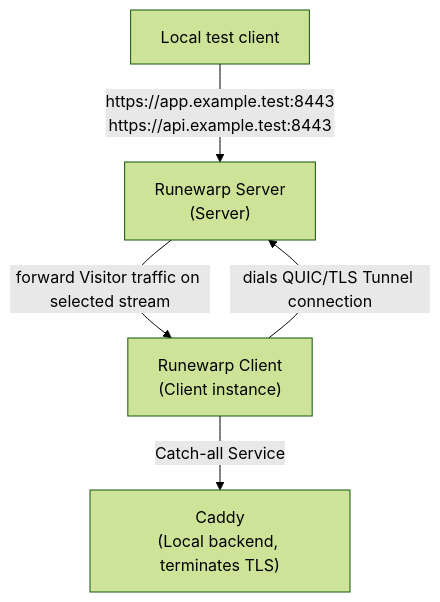
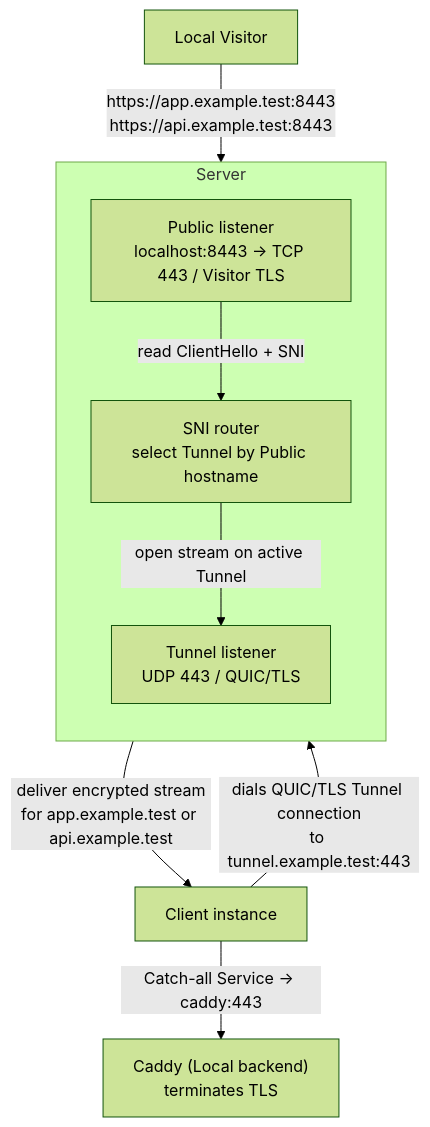
One commit to runewarp/runewarp changed the diagram in examples/docker/README.md. Above: the diagram before and after it, drawn with Mermaid (forest theme). The commit also changed 3 other files, not shown here.

````diff
--- a/examples/docker/README.md
+++ b/examples/docker/README.md
@@ -14,12 +14,21 @@
 ```mermaid
 flowchart TD
-    V["Local test client"]
-    S["Runewarp Server<br/>(Server)"]
-    C["Runewarp Client<br/>(Client instance)"]
-    B["Caddy<br/>(Local backend, terminates TLS)"]
+    V["Local Visitor"]
+    C["Client instance"]
+    B["Caddy (Local backend)<br/>terminates TLS"]
 
-    V -->|"https://app.example.test:8443<br/>https://api.example.test:8443"| S
-    C -->|"dials QUIC/TLS Tunnel connection"| S
-    S -->|"forward Visitor traffic on selected stream"| C
-    C -->|"Catch-all Service"| B
+    subgraph S["Server"]
+        direction TB
+        P["Public listener<br/>localhost:8443 -> TCP 443 / Visitor TLS"]
+        R["SNI router<br/>select Tunnel by Public hostname"]
+        U["Tunnel listener<br/>UDP 443 / QUIC/TLS"]
+
+        P -->|"read ClientHello + SNI"| R
+        R -->|"open stream on active Tunnel"| U
+    end
+
+    V -->|"https://app.example.test:8443<br/>https://api.example.test:8443"| P
+    C -->|"dials QUIC/TLS Tunnel connection<br/>to tunnel.example.test:443"| U
+    U -->|"deliver encrypted stream<br/>for app.example.test or api.example.test"| C
+    C -->|"Catch-all Service -> caddy:443"| B
 ```
````
